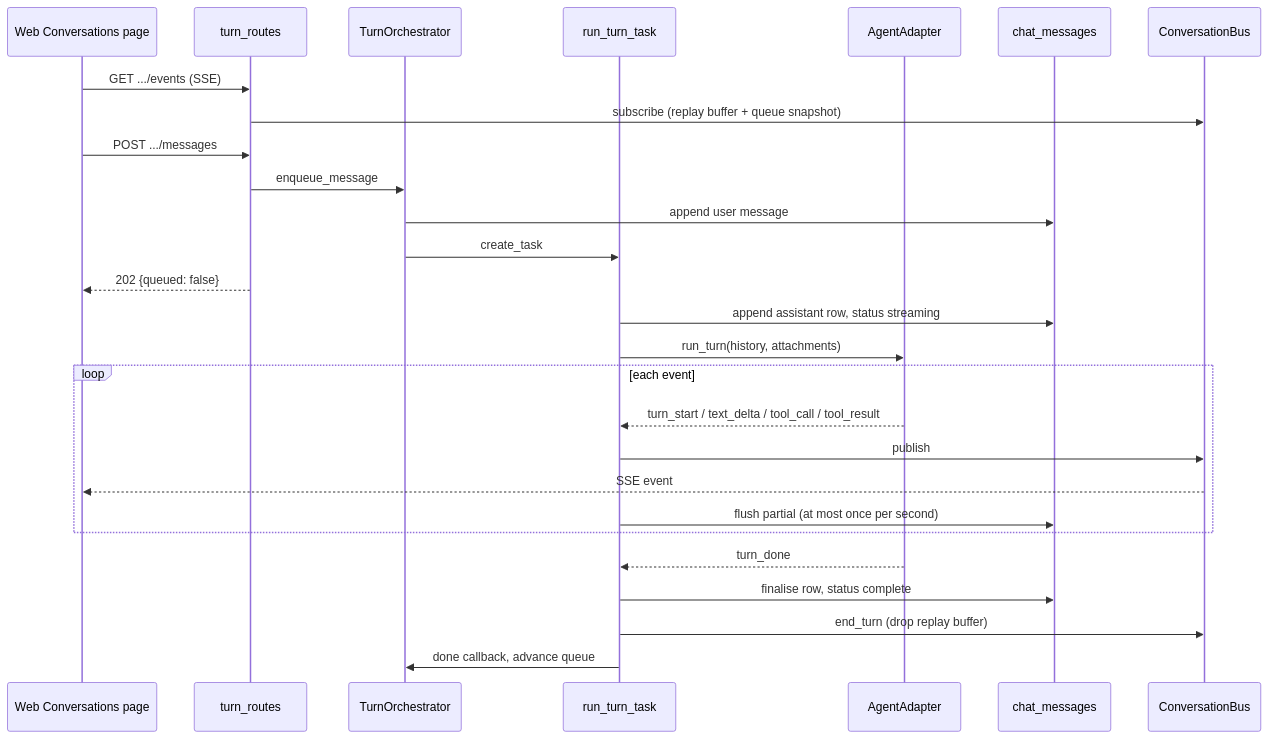
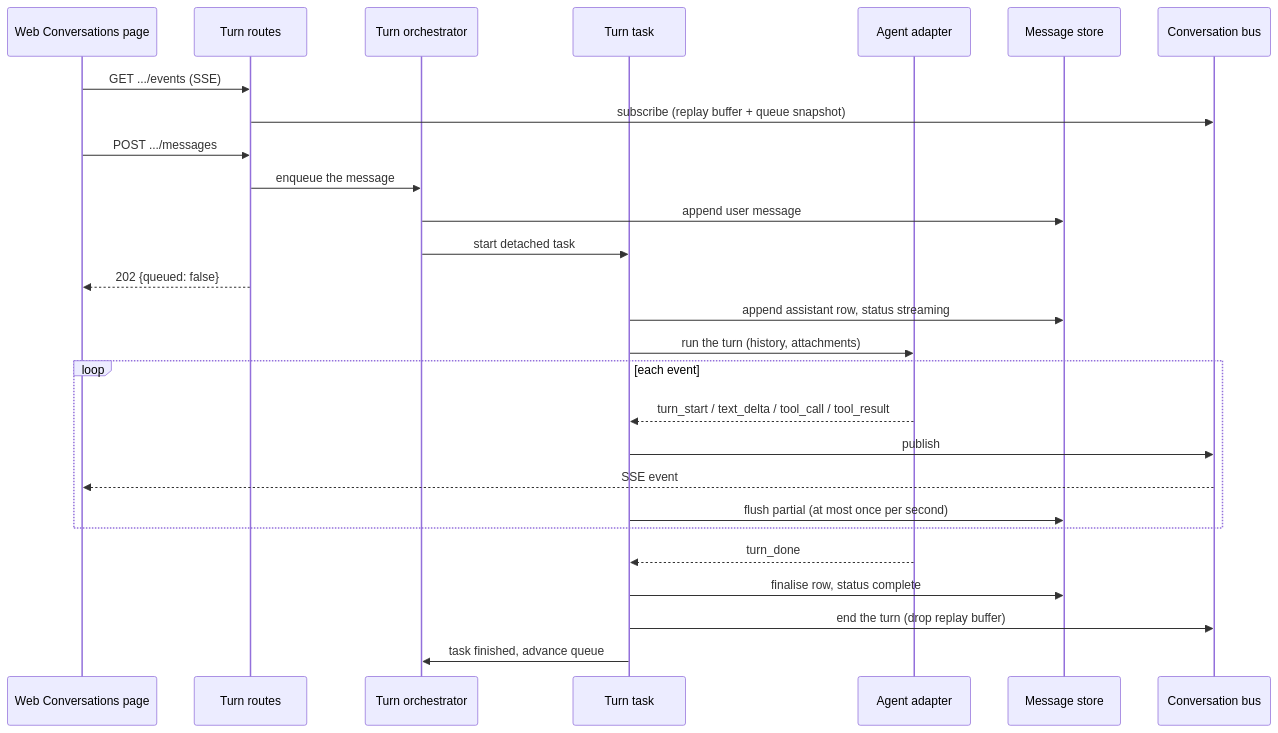
Before and after one commit to wyx-sg/Coffer: the first of 3 diagrams in docs-site/architecture/chat.md, drawn with Mermaid. The commit also changed other lines of this file and 29 other files, not shown here.

First line of the commit message:
docs(site): explain the architecture in plain terms, without source detail

````diff
--- a/docs-site/architecture/chat.md
+++ b/docs-site/architecture/chat.md
@@ -93,30 +93,30 @@
 ```mermaid
 sequenceDiagram
     participant UI as Web Conversations page
-    participant API as turn_routes
-    participant O as TurnOrchestrator
-    participant R as run_turn_task
-    participant A as AgentAdapter
-    participant DB as chat_messages
-    participant Bus as ConversationBus
+    participant API as Turn routes
+    participant O as Turn orchestrator
+    participant R as Turn task
+    participant A as Agent adapter
+    participant DB as Message store
+    participant Bus as Conversation bus
 
     UI->>API: GET .../events (SSE)
     API->>Bus: subscribe (replay buffer + queue snapshot)
     UI->>API: POST .../messages
-    API->>O: enqueue_message
+    API->>O: enqueue the message
     O->>DB: append user message
-    O->>R: create_task
+    O->>R: start detached task
     API-->>UI: 202 {queued: false}
     R->>DB: append assistant row, status streaming
-    R->>A: run_turn(history, attachments)
+    R->>A: run the turn (history, attachments)
     loop each event
         A-->>R: turn_start / text_delta / tool_call / tool_result
         R->>Bus: publish
         Bus-->>UI: SSE event
         R->>DB: flush partial (at most once per second)
     end
     A-->>R: turn_done
     R->>DB: finalise row, status complete
-    R->>Bus: end_turn (drop replay buffer)
-    R->>O: done callback, advance queue
+    R->>Bus: end the turn (drop replay buffer)
+    R->>O: task finished, advance queue
 ```
````
